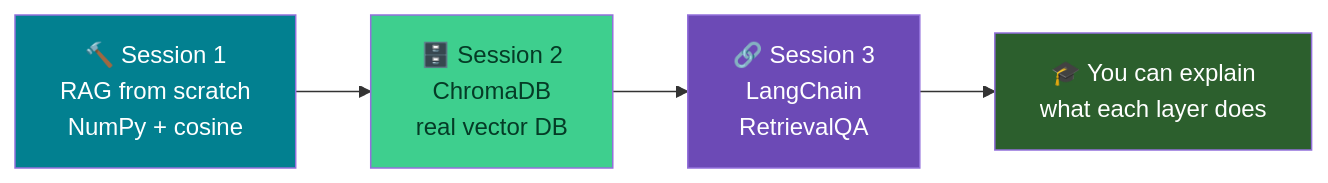
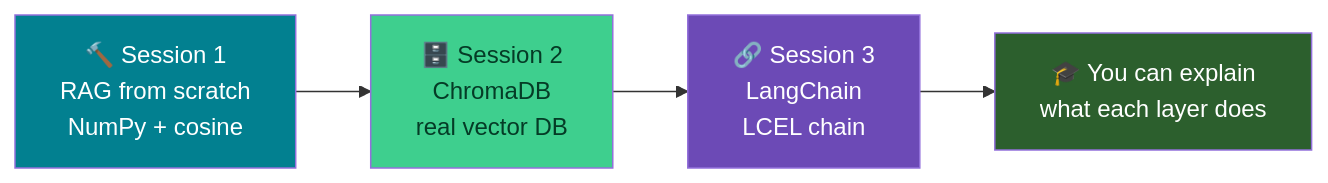
The first of 5 diagrams in Day_5_RAG_Topics.md (scifigurmeet/Modern_Agentic_AI), drawn with Mermaid before and after one commit. The commit also changed other lines of this file, not shown here.

````diff
--- a/Day_5_RAG_Topics.md
+++ b/Day_5_RAG_Topics.md
@@ -13,10 +13,10 @@
 ```mermaid
 flowchart LR
     S1["🔨 Session 1<br/>RAG from scratch<br/>NumPy + cosine"] --> S2["🗄️ Session 2<br/>ChromaDB<br/>real vector DB"]
-    S2 --> S3["🔗 Session 3<br/>LangChain<br/>RetrievalQA"]
+    S2 --> S3["🔗 Session 3<br/>LangChain<br/>LCEL chain"]
     S3 --> OUT["🎓 You can explain<br/>what each layer does"]
     style S1 fill:#028090,color:#fff
     style S2 fill:#3ECF8E,color:#053b26
     style S3 fill:#6C4AB6,color:#fff
     style OUT fill:#2C5F2D,color:#fff
 ```
````
